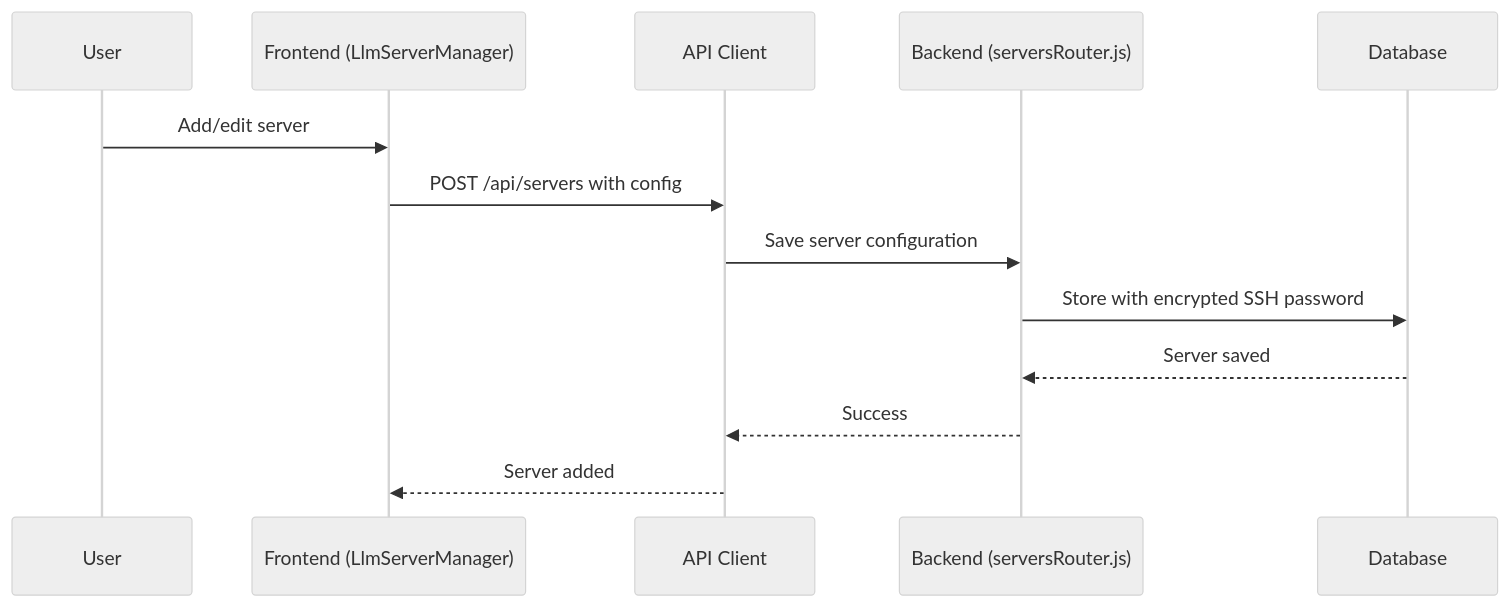
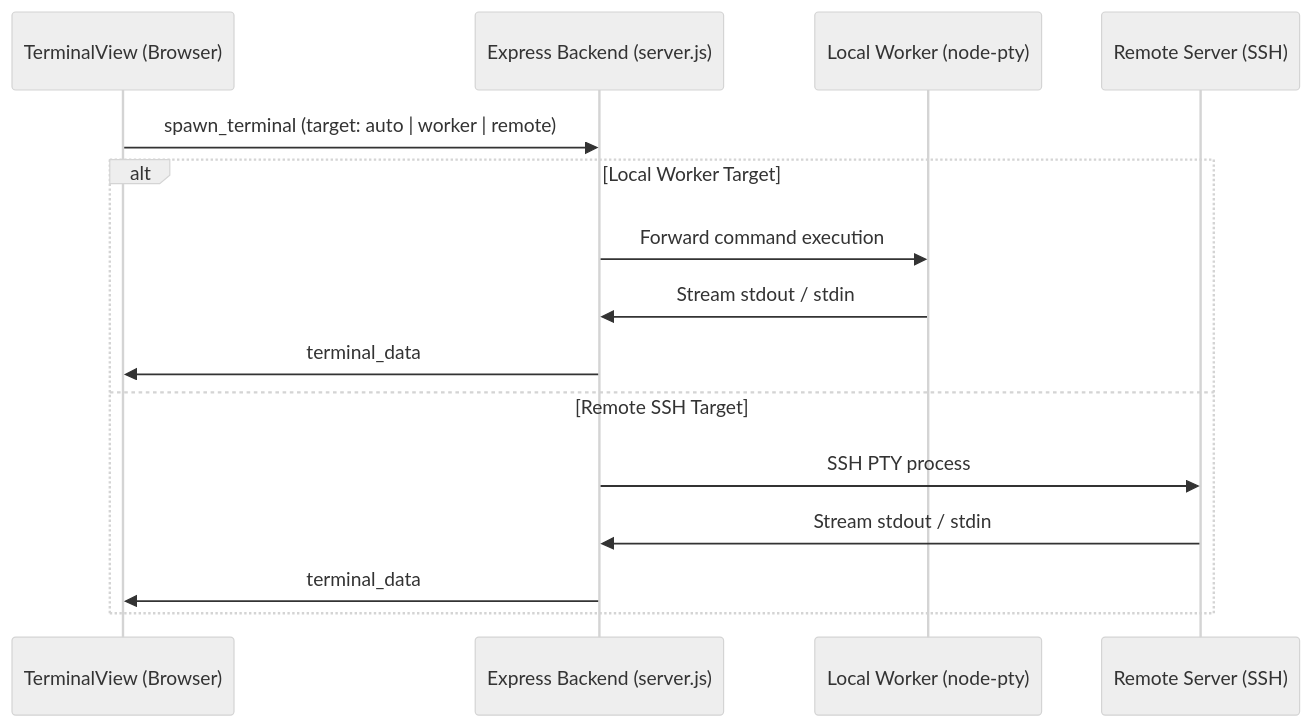
Before and after one commit to SuperJaba/dashboard-AI-Agent: the diagram in docs/ARCHITECTURE_DOCUMENTATION.md, drawn with Mermaid (neutral theme). The commit also changed other lines of this file and 18 other files, not shown here.

````diff
--- a/docs/ARCHITECTURE_DOCUMENTATION.md
+++ b/docs/ARCHITECTURE_DOCUMENTATION.md
@@ -232,16 +24,18 @@
 ```mermaid
 sequenceDiagram
-    participant U as User
-    participant F as Frontend (LlmServerManager)
-    participant A as API Client
-    participant S as Backend (serversRouter.js)
-    participant D as Database
+    participant UI as TerminalView (Browser)
+    participant S as Express Backend (server.js)
+    participant W as Local Worker (node-pty)
+    participant R as Remote Server (SSH)
 
-    U->>F: Add/edit server
-    F->>A: POST /api/servers with config
-    A->>S: Save server configuration
-    S->>D: Store with encrypted SSH password
-    D-->>S: Server saved
-    S-->>A: Success
-    A-->>F: Server added
+    UI->>S: spawn_terminal (target: auto | worker | remote)
+    alt Local Worker Target
+        S->>W: Forward command execution
+        W->>S: Stream stdout / stdin
+        S->>UI: terminal_data
+    else Remote SSH Target
+        S->>R: SSH PTY process
+        R->>S: Stream stdout / stdin
+        S->>UI: terminal_data
+    end
 ```
````
